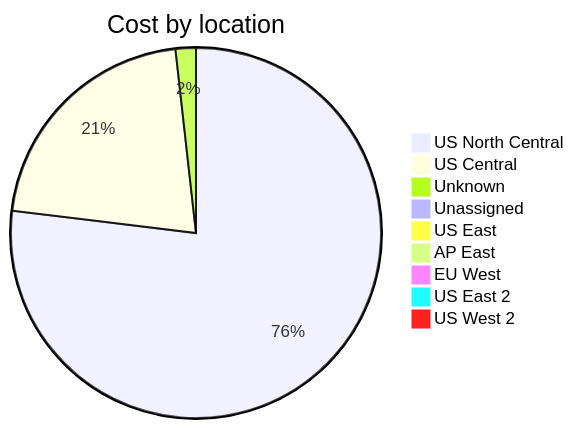
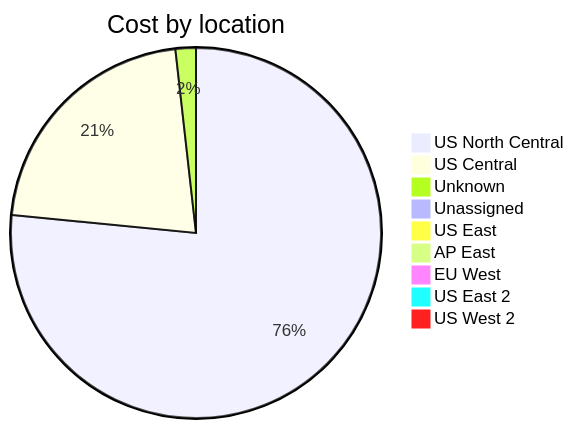
The third of 4 diagrams in cost-reports/accumulated-cost.md (jpfulton/azure-personal-reports), drawn with Mermaid before and after one commit. The commit also changed other lines of this file and 4 other files, not shown here.

````diff
--- a/cost-reports/accumulated-cost.md
+++ b/cost-reports/accumulated-cost.md
@@ -129,13 +129,13 @@
 ```mermaid
 pie
    title Cost by location
-   "US North Central" : 27.74
-   "US Central" : 7.68
-   "Unknown" : 0.64
-   "Unassigned" : 0.31
-   "US East" : 0.13
+   "US North Central" : 29.23
+   "US Central" : 8.27
+   "Unknown" : 0.68
+   "Unassigned" : 0.33
+   "US East" : 0.15
    "AP East" : 0.00
    "EU West" : 0.00
    "US East 2" : 0.00
    "US West 2" : 0.00
 ```
````
